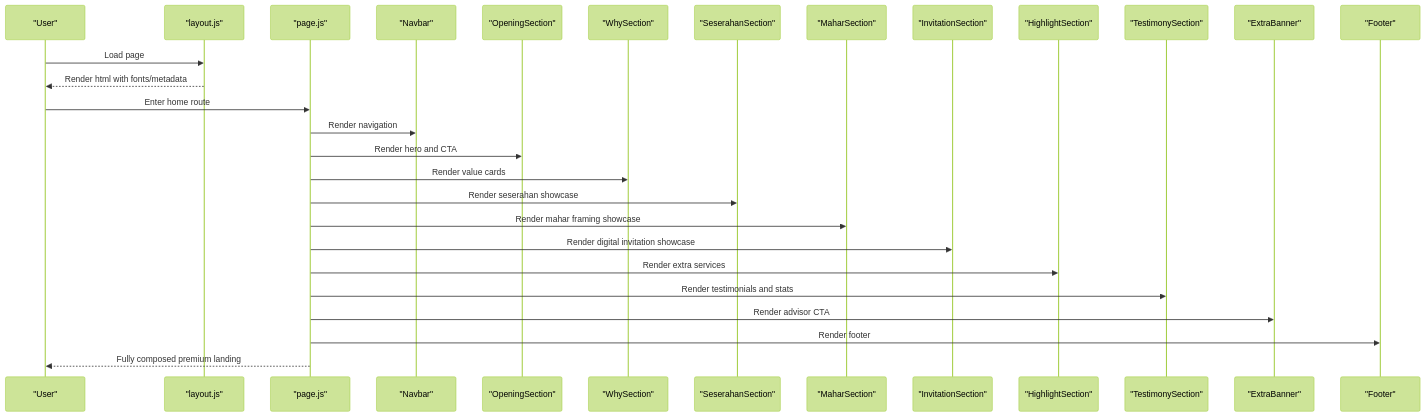
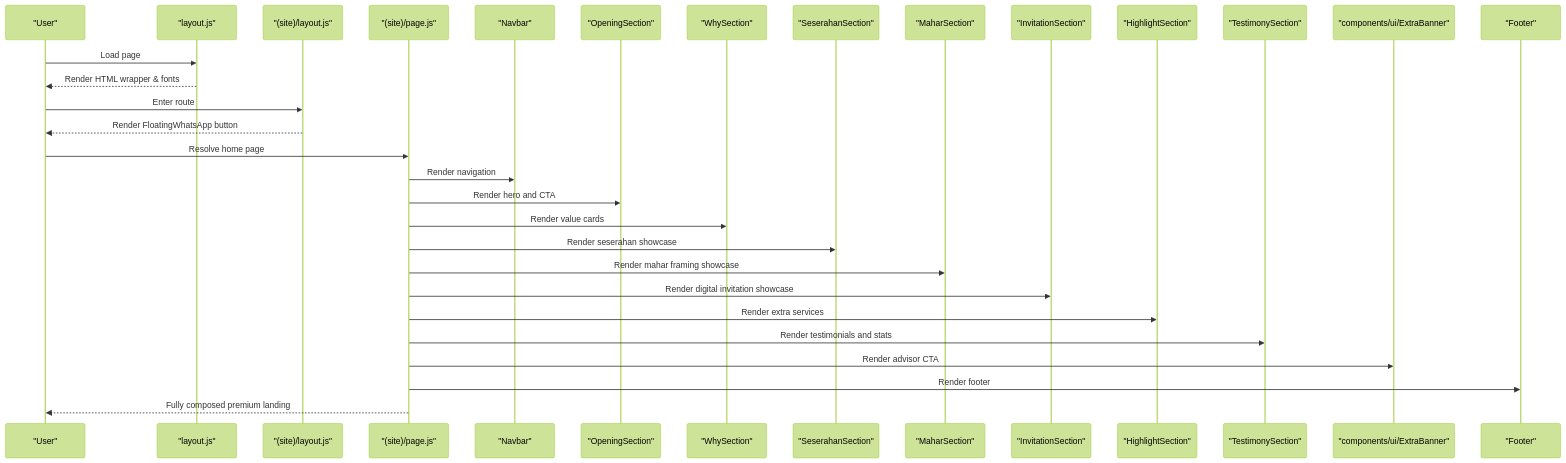
Before and after one commit to algorithmsEvolve/momentoclient-fe: the third of 6 diagrams in docs/en/content/Project Overview.md, drawn with Mermaid (forest theme). The commit also changed other lines of this file and 14 other files, not shown here.

````diff
--- a/docs/en/content/Project Overview.md
+++ b/docs/en/content/Project Overview.md
@@ -185,30 +183,33 @@
 ```mermaid
 sequenceDiagram
 participant U as "User"
 participant L as "layout.js"
-participant H as "page.js"
+participant SL as "(site)/layout.js"
+participant H as "(site)/page.js"
 participant N as "Navbar"
 participant O as "OpeningSection"
 participant W as "WhySection"
 participant S as "SeserahanSection"
 participant M as "MaharSection"
 participant I as "InvitationSection"
 participant HL as "HighlightSection"
 participant T as "TestimonySection"
-participant EB as "ExtraBanner"
+participant EB as "components/ui/ExtraBanner"
 participant F as "Footer"
 U->>L : Load page
-L-->>U : Render html with fonts/metadata
-U->>H : Enter home route
+L-->>U : Render HTML wrapper & fonts
+U->>SL : Enter route
+SL-->>U : Render FloatingWhatsApp button
+U->>H : Resolve home page
 H->>N : Render navigation
 H->>O : Render hero and CTA
 H->>W : Render value cards
 H->>S : Render seserahan showcase
 H->>M : Render mahar framing showcase
 H->>I : Render digital invitation showcase
 H->>HL : Render extra services
 H->>T : Render testimonials and stats
 H->>EB : Render advisor CTA
 H->>F : Render footer
 H-->>U : Fully composed premium landing
 ```
````
